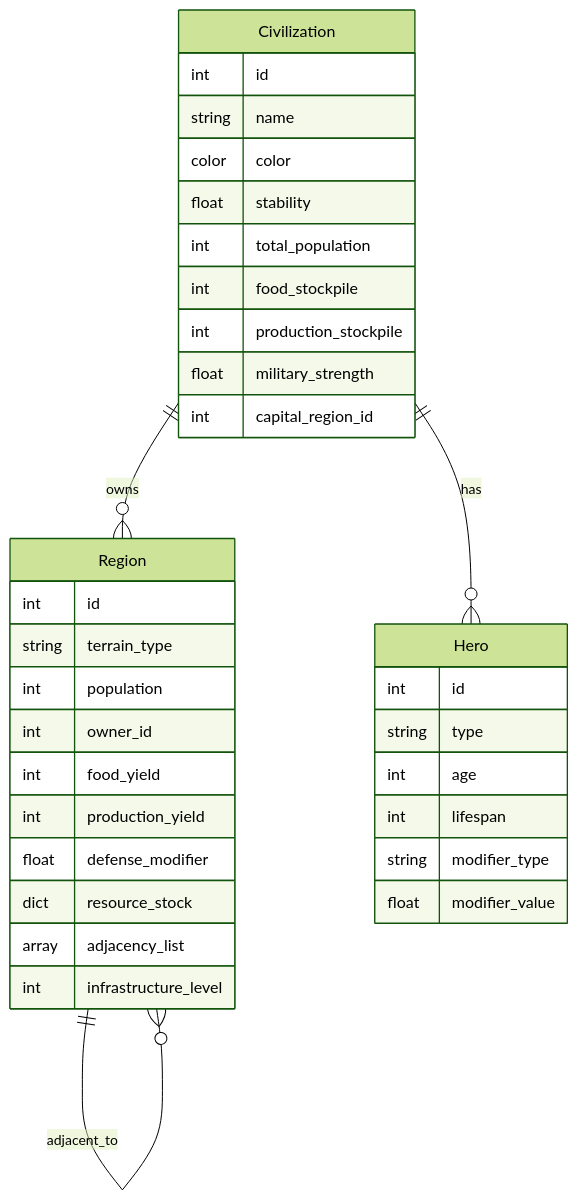
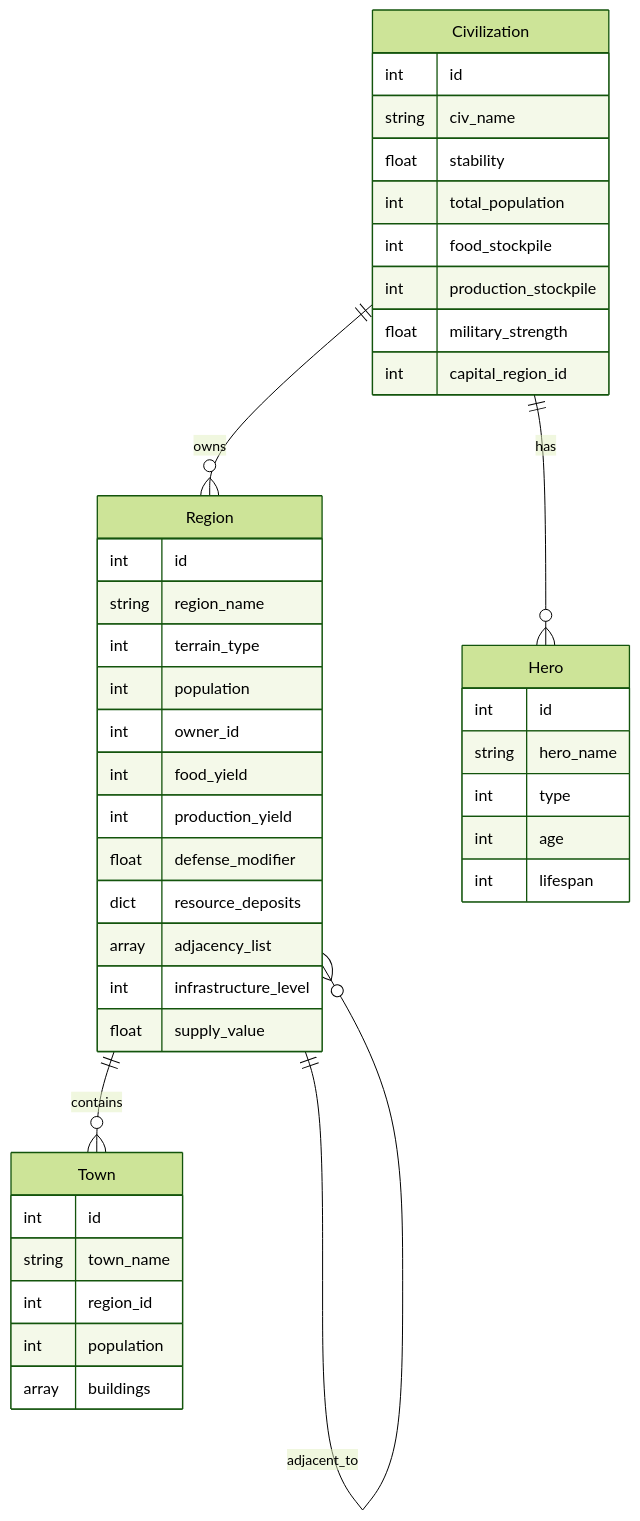
Before and after one commit to Gilmore3088/epochengine: the diagram in docs/data/schema.md, drawn with Mermaid (forest theme). The commit also changed other lines of this file and 12 other files, not shown here.

````diff
--- a/docs/data/schema.md
+++ b/docs/data/schema.md
@@ -86,37 +116,45 @@
 ```mermaid
 erDiagram
     Civilization ||--o{ Region : owns
     Civilization ||--o{ Hero : has
+    Region ||--o{ Town : contains
     Civilization {
         int id
-        string name
-        color color
+        string civ_name
         float stability
         int total_population
         int food_stockpile
         int production_stockpile
         float military_strength
         int capital_region_id
     }
     Region {
         int id
-        string terrain_type
+        string region_name
+        int terrain_type
         int population
         int owner_id
         int food_yield
         int production_yield
         float defense_modifier
-        dict resource_stock
+        dict resource_deposits
         array adjacency_list
         int infrastructure_level
+        float supply_value
+    }
+    Town {
+        int id
+        string town_name
+        int region_id
+        int population
+        array buildings
     }
     Hero {
         int id
-        string type
+        string hero_name
+        int type
         int age
         int lifespan
-        string modifier_type
-        float modifier_value
     }
     Region ||--o{ Region : adjacent_to
 ```
````
